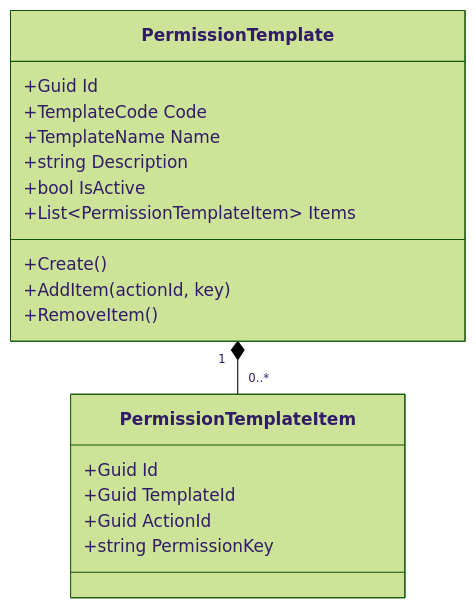
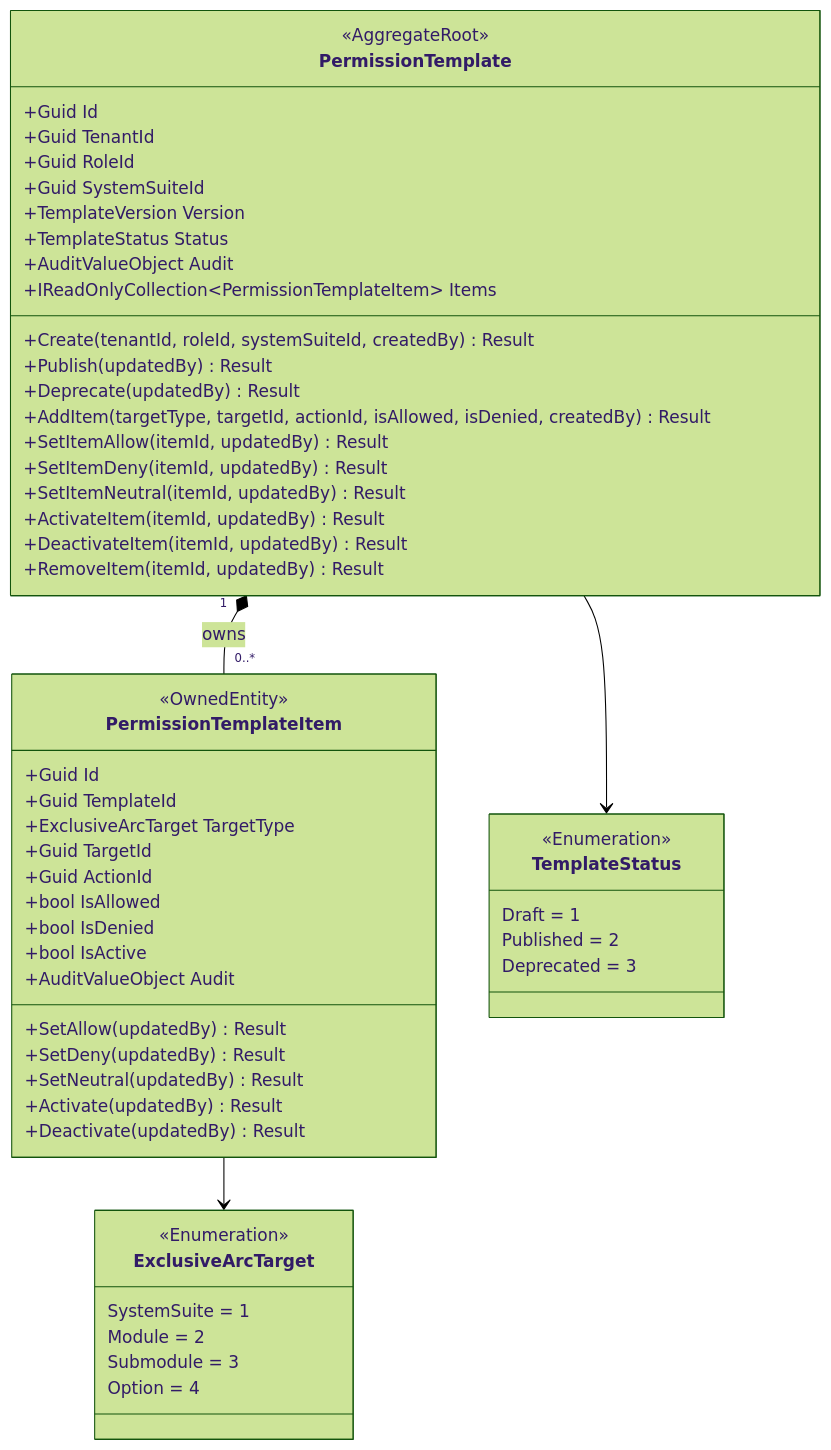
The second of 7 diagrams in docs/domain/authorization/permission-template.md (beyondnetcode/ums), drawn with Mermaid (forest theme) before and after one commit. The commit also changed other lines of this file, not shown here.

First line of the commit message:
docs(authorization): rewrite PermissionTemplate AR doc to match source code

````diff
--- a/docs/domain/authorization/permission-template.md
+++ b/docs/domain/authorization/permission-template.md
@@ -77,22 +148,63 @@
 ```mermaid
 classDiagram
     direction TB
+
     class PermissionTemplate {
+        <<AggregateRoot>>
         +Guid Id
-        +TemplateCode Code
-        +TemplateName Name
-        +string Description
-        +bool IsActive
-        +List~PermissionTemplateItem~ Items
-        +Create()
-        +AddItem(actionId, key)
-        +RemoveItem()
+        +Guid TenantId
+        +Guid RoleId
+        +Guid SystemSuiteId
+        +TemplateVersion Version
+        +TemplateStatus Status
+        +AuditValueObject Audit
+        +IReadOnlyCollection~PermissionTemplateItem~ Items
+        +Create(tenantId, roleId, systemSuiteId, createdBy) Result
+        +Publish(updatedBy) Result
+        +Deprecate(updatedBy) Result
+        +AddItem(targetType, targetId, actionId, isAllowed, isDenied, createdBy) Result
+        +SetItemAllow(itemId, updatedBy) Result
+        +SetItemDeny(itemId, updatedBy) Result
+        +SetItemNeutral(itemId, updatedBy) Result
+        +ActivateItem(itemId, updatedBy) Result
+        +DeactivateItem(itemId, updatedBy) Result
+        +RemoveItem(itemId, updatedBy) Result
     }
+
     class PermissionTemplateItem {
+        <<OwnedEntity>>
         +Guid Id
         +Guid TemplateId
+        +ExclusiveArcTarget TargetType
+        +Guid TargetId
         +Guid ActionId
-        +string PermissionKey
+        +bool IsAllowed
+        +bool IsDenied
+        +bool IsActive
+        +AuditValueObject Audit
+        +SetAllow(updatedBy) Result
+        +SetDeny(updatedBy) Result
+        +SetNeutral(updatedBy) Result
+        +Activate(updatedBy) Result
+        +Deactivate(updatedBy) Result
     }
-    PermissionTemplate "1" *-- "0..*" PermissionTemplateItem
+
+    class TemplateStatus {
+        <<Enumeration>>
+        Draft = 1
+        Published = 2
+        Deprecated = 3
+    }
+
+    class ExclusiveArcTarget {
+        <<Enumeration>>
+        SystemSuite = 1
+        Module = 2
+        Submodule = 3
+        Option = 4
+    }
+
+    PermissionTemplate "1" *-- "0..*" PermissionTemplateItem : owns
+    PermissionTemplate --> TemplateStatus
+    PermissionTemplateItem --> ExclusiveArcTarget
 ```
````
